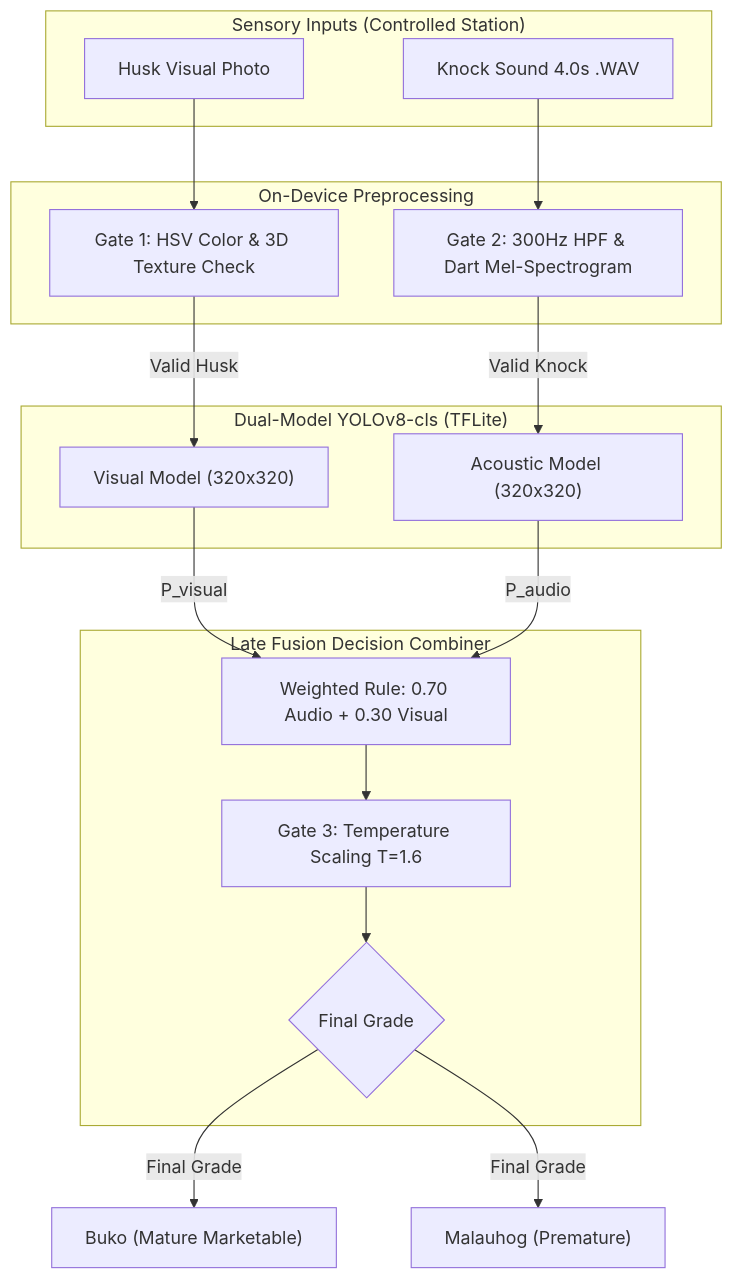
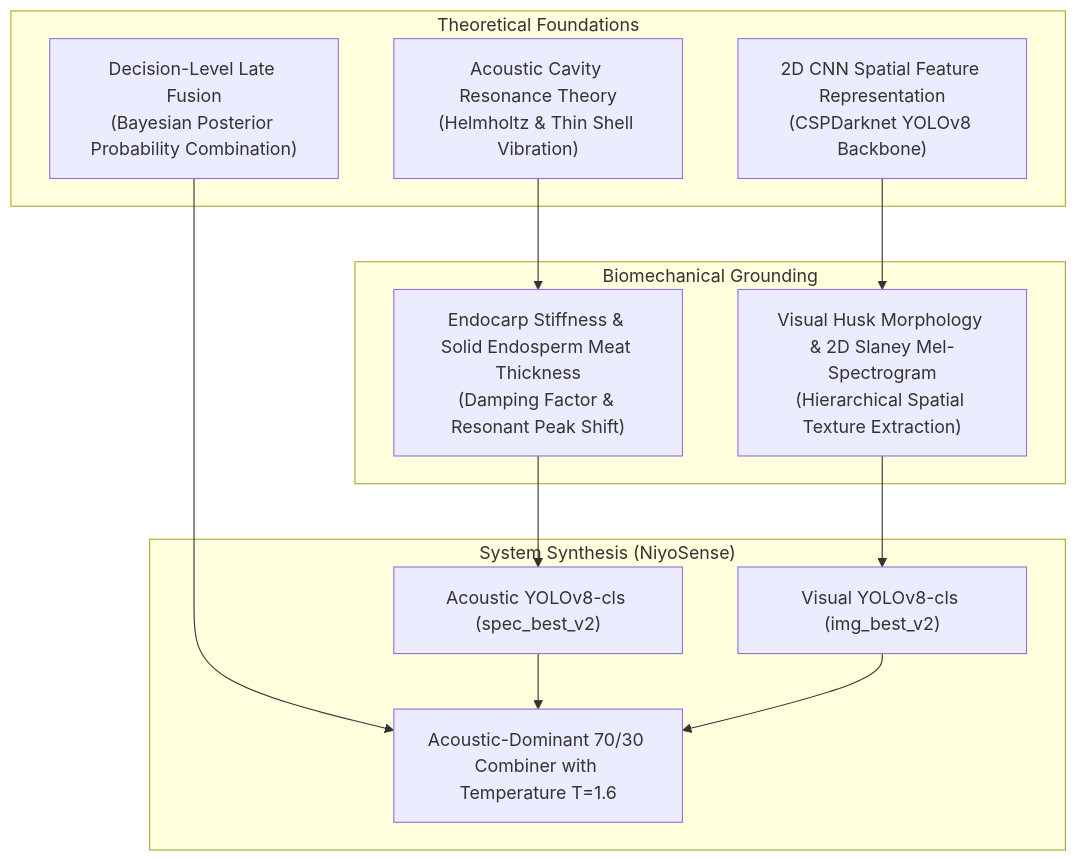
The first of 8 diagrams in NIYOSENSE_CAPSTONE_MANUSCRIPT.md (Cbolea23/niyosense-capstone), drawn with Mermaid before and after one commit. The commit also changed other lines of this file and 8 other files, not shown here.

````diff
--- a/NIYOSENSE_CAPSTONE_MANUSCRIPT.md
+++ b/NIYOSENSE_CAPSTONE_MANUSCRIPT.md
@@ -146,27 +282,26 @@
 ```mermaid
 flowchart TD
-    subgraph SENSORY_INPUTS["Sensory Inputs (Controlled Station)"]
-        A[Husk Visual Photo]
-        B[Knock Sound 4.0s .WAV]
+    subgraph THEORETICAL_FOUNDATIONS["Theoretical Foundations"]
+        T1["Acoustic Cavity Resonance Theory
+(Helmholtz & Thin Shell Vibration)"]
+        T2["2D CNN Spatial Feature Representation
+(CSPDarknet YOLOv8 Backbone)"]
+        T3["Decision-Level Late Fusion
+(Bayesian Posterior Probability Combination)"]
     end
 
-    subgraph PREPROCESSING["On-Device Preprocessing"]
-        A --> G1[Gate 1: HSV Color & 3D Texture Check]
-        B --> G2[Gate 2: 300Hz HPF & Dart Mel-Spectrogram]
+    subgraph BIOMECHANICAL_GROUNDING["Biomechanical Grounding"]
+        T1 --> B1["Endocarp Stiffness & Solid Endosperm Meat Thickness
+(Damping Factor & Resonant Peak Shift)"]
+        T2 --> B2["Visual Husk Morphology & 2D Slaney Mel-Spectrogram
+(Hierarchical Spatial Texture Extraction)"]
     end
 
-    subgraph DUAL_MODELS["Dual-Model YOLOv8-cls (TFLite)"]
-        G1 -->|Valid Husk| M1["Visual Model (320x320)"]
-        G2 -->|Valid Knock| M2["Acoustic Model (320x320)"]
+    subgraph SYSTEM_SYNTHESIS["System Synthesis (NiyoSense)"]
+        B1 --> S1["Acoustic YOLOv8-cls (spec_best_v2)"]
+        B2 --> S2["Visual YOLOv8-cls (img_best_v2)"]
+        T3 --> S3["Acoustic-Dominant 70/30 Combiner with Temperature T=1.6"]
+        S1 --> S3
+        S2 --> S3
     end
-
-    subgraph DECISION_RULE["Late Fusion Decision Combiner"]
-        M1 -->|P_visual| W["Weighted Rule: 0.70 Audio + 0.30 Visual"]
-        M2 -->|P_audio| W
-        W --> G3[Gate 3: Temperature Scaling T=1.6]
-        G3 --> RES{Final Grade}
-    end
-
-    RES -->|Final Grade| BUKO["Buko (Mature Marketable)"]
-    RES -->|Final Grade| MALAUHOG["Malauhog (Premature)"]
 ```
````
